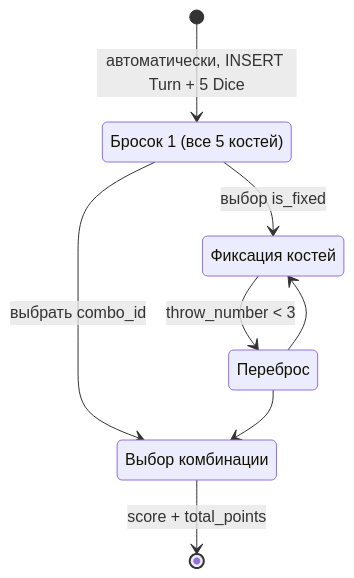
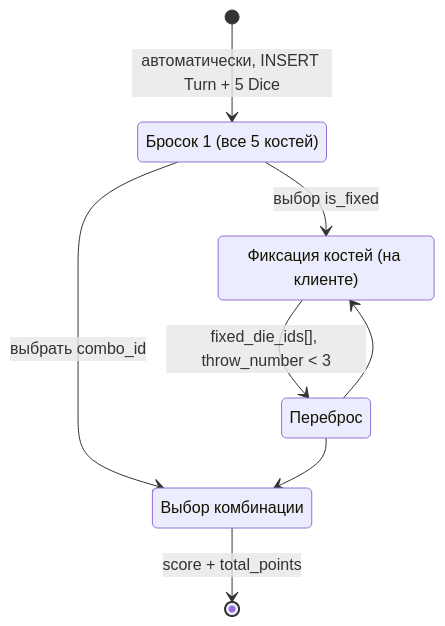
Before and after one commit to seventwogth/databases-itmo: the second of 11 diagrams in docs/api-schema.md, drawn with Mermaid. The commit also changed other lines of this file and 2 other files, not shown here.

First line of the commit message:
docs: merge dice fixing and reroll into one request

````diff
--- a/docs/api-schema.md
+++ b/docs/api-schema.md
@@ -34,15 +34,15 @@
 ```mermaid
 stateDiagram-v2
     throw1 : Бросок 1 (все 5 костей)
-    fix : Фиксация костей
+    fix : Фиксация костей (на клиенте)
     reroll : Переброс
     combo : Выбор комбинации
 
     [*] --> throw1: автоматически, INSERT Turn + 5 Dice
     throw1 --> fix: выбор is_fixed
-    fix --> reroll: throw_number < 3
+    fix --> reroll: fixed_die_ids[], throw_number < 3
     reroll --> fix
     throw1 --> combo: выбрать combo_id
     reroll --> combo
     combo --> [*]: score + total_points
 ```
````
